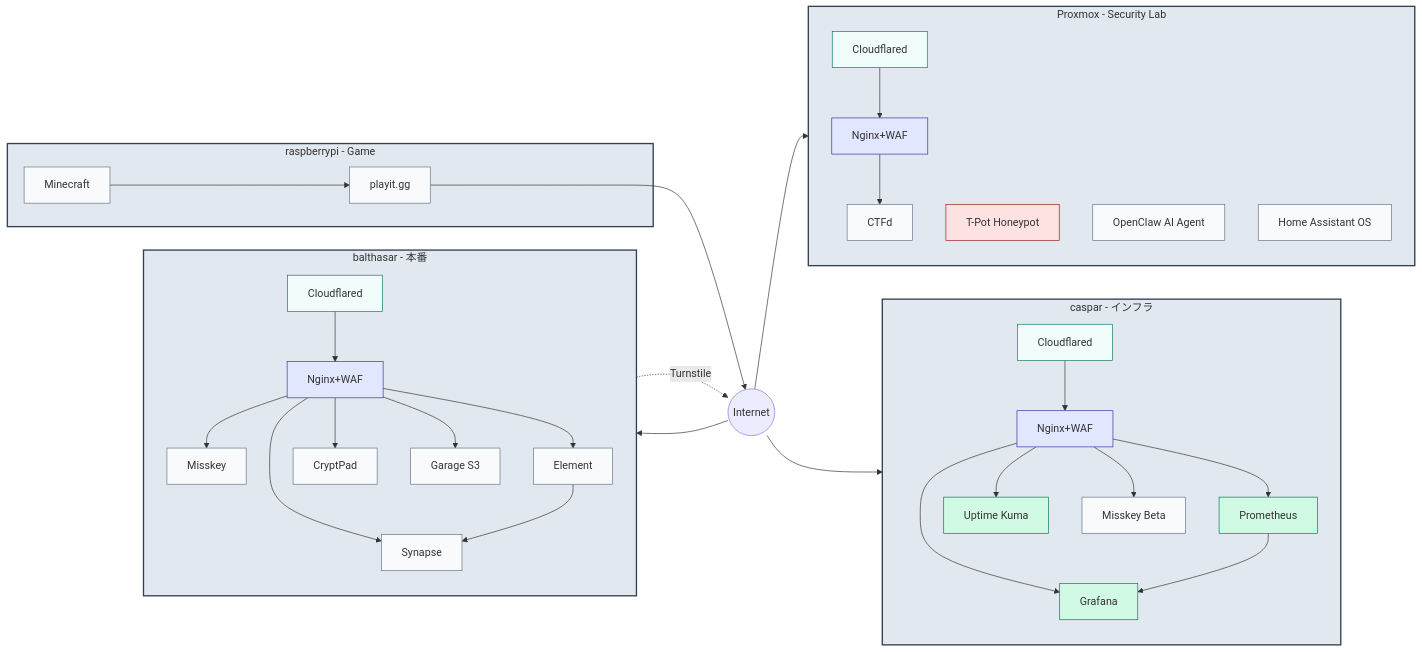
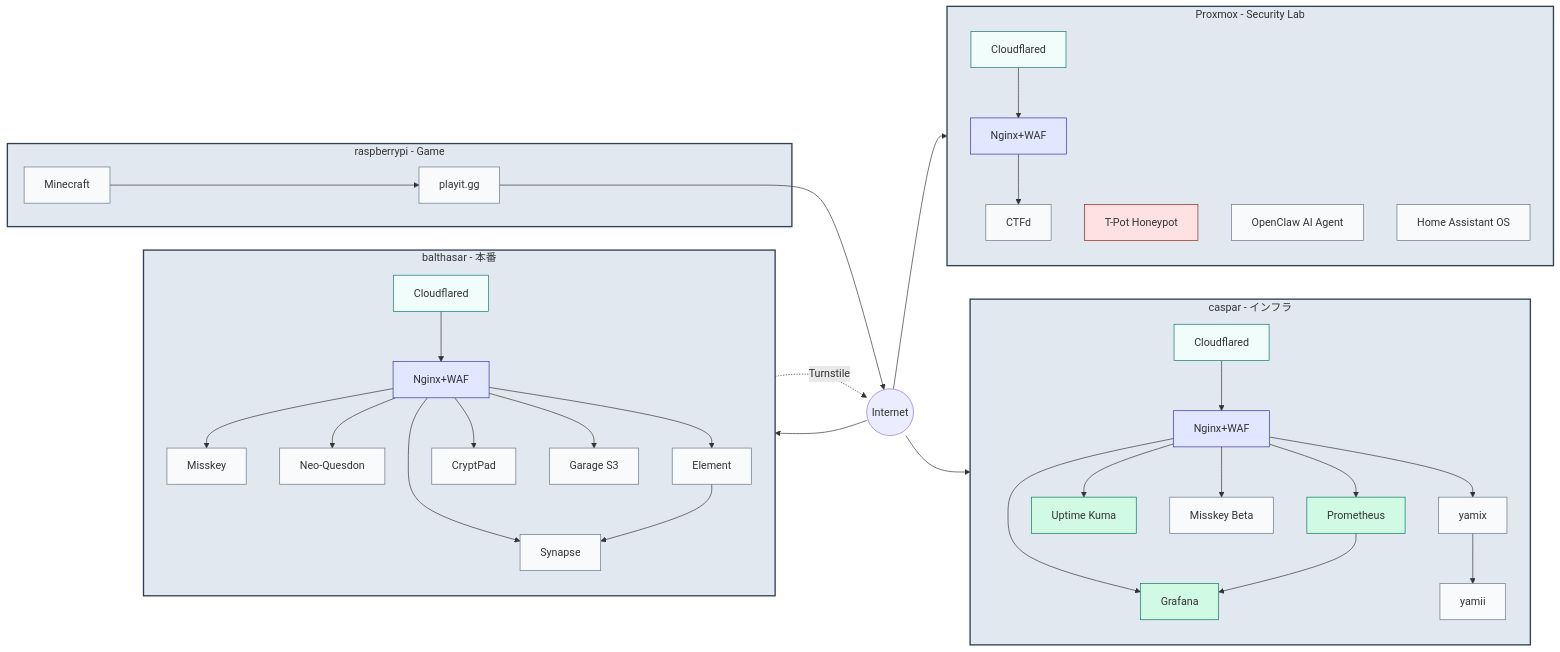
The first of 7 diagrams in README.md (yamisskey-dev/yamisskey-host), drawn with Mermaid before and after one commit.

Commit message:
docs: Neo-Quesdonとyamix/yamiiを構成図に復活
29271aa を取り消す。

````diff
--- a/README.md
+++ b/README.md
@@ -7,54 +7,57 @@
 ```mermaid
 graph LR
     classDef server fill:#e2e8f0,stroke:#334155,stroke-width:2px
     classDef cf fill:#f0fdfa,stroke:#0f766e
     classDef proxy fill:#e0e7ff,stroke:#3730a3
     classDef sec fill:#fee2e2,stroke:#991b1b
     classDef mon fill:#d1fae5,stroke:#047857
     classDef svc fill:#f8fafc,stroke:#64748b
 
     internet((Internet))
 
     subgraph balthasar[balthasar - 本番]
         direction TB
         cf_b[Cloudflared]:::cf --> nginx_b[Nginx+WAF]:::proxy
 
         nginx_b --> misskey[Misskey]:::svc
+        nginx_b --> neoquesdon[Neo-Quesdon]:::svc
         nginx_b --> synapse[Synapse]:::svc
         nginx_b --> element[Element]:::svc
         nginx_b --> cryptpad[CryptPad]:::svc
         nginx_b --> garage[Garage S3]:::svc
     end
 
     subgraph caspar[caspar - インフラ]
         direction TB
         cf_c[Cloudflared]:::cf --> nginx_c[Nginx+WAF]:::proxy
 
         nginx_c --> prometheus[Prometheus]:::mon
         nginx_c --> grafana[Grafana]:::mon
         nginx_c --> uptime[Uptime Kuma]:::mon
         nginx_c --> misskey_beta[Misskey Beta]:::svc
+        nginx_c --> yamix[yamix]:::svc
+        yamix --> yamii[yamii]:::svc
     end
 
     subgraph rpi[raspberrypi - Game]
         minecraft[Minecraft]:::svc --> playig[playit.gg]:::svc
     end
 
     subgraph proxmox[Proxmox - Security Lab]
         direction TB
         cf_p[Cloudflared]:::cf --> nginx_p[Nginx+WAF]:::proxy
         nginx_p --> ctfd[CTFd]:::svc
         tpot[T-Pot Honeypot]:::sec
         openclaw[OpenClaw AI Agent]:::svc
         haos[Home Assistant OS]:::svc
     end
 
     internet --> cf_b & cf_c & cf_p
     playig --> internet
 
     misskey -.->|Turnstile| internet
     element --> synapse
     prometheus --> grafana
 
     class balthasar,caspar,rpi,proxmox server
 ```
````
